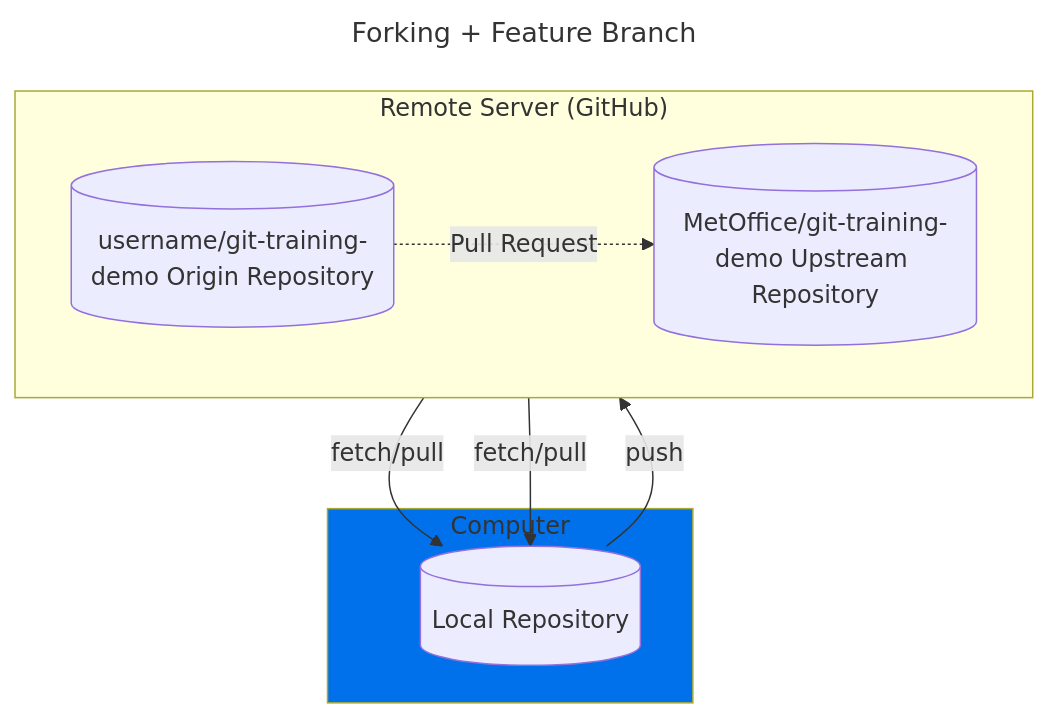
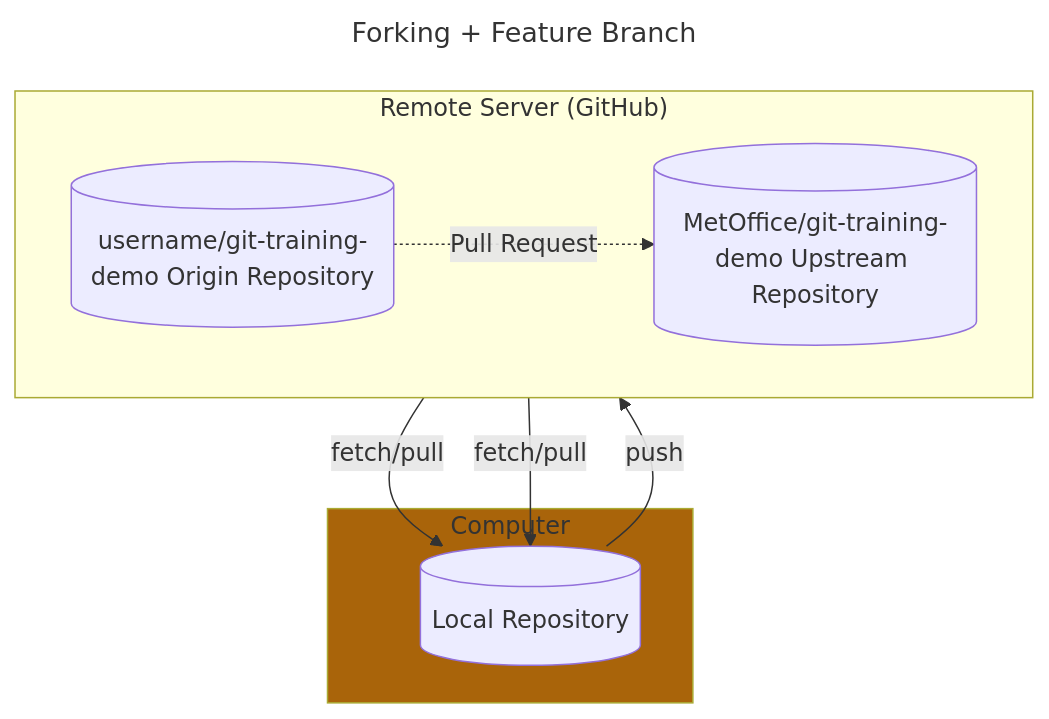
One commit to MetOffice/git-working-practices changed the third of 4 diagrams in episodes/02-branching.md. Above: the diagram before and after it, drawn with Mermaid. The commit also changed other lines of this file, not shown here.

````diff
--- a/episodes/02-branching.md
+++ b/episodes/02-branching.md
@@ -199,31 +199,31 @@
 ```mermaid
 ---
 title: Forking + Feature Branch
 ---
 flowchart TB
   accDescr {A flowchart showing the use of forks
     and the feature branch model.
     Here developers work on their forks (GitHub copies, labelled origin) of the
     main GitHub repository (upstream).
     Developers work on feature branches in their fork,
     and push these branches to the origin repository.
     Pull requests are used to contribute changes from
     the origin to the upstream repository.
     Only one developers fork and local repository
     are shown in this diagram.}
   subgraph top["Remote Server (GitHub)"]
     direction LR
     r1[("MetOffice/git-training-demo Upstream Repository")]
     r2[("username/git-training-demo Origin Repository")]
 
     r2 -. Pull Request .-> r1
   end
   subgraph bottom["Computer"]
     r3[("Local Repository")]
   end
     r1 -- fetch/pull --> r3
     r3 -- push --> r2
     r2 -- fetch/pull --> r3
 
-style bottom fill:#0171EB
+style bottom fill:#A9640A
 ```
````
